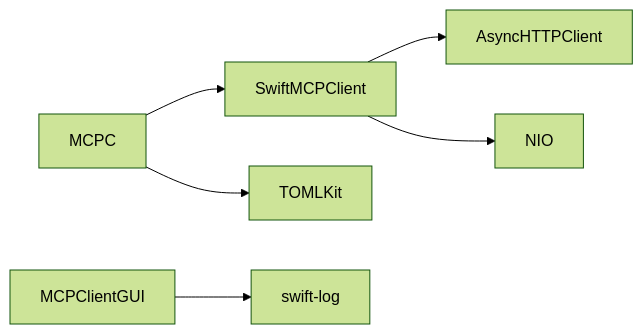
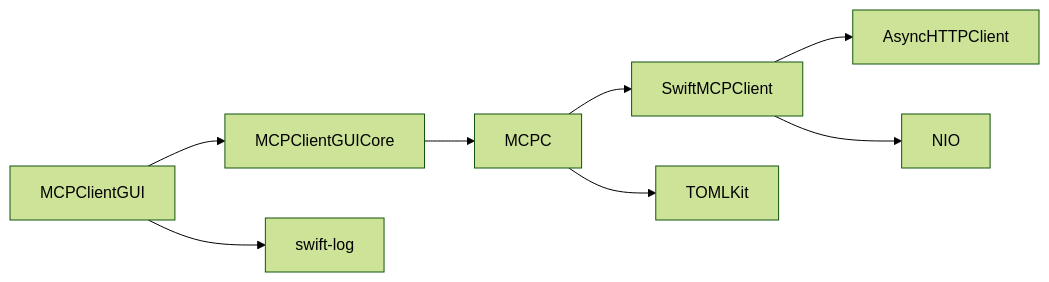
Before and after one commit to ashutoshkumarsinha/mcpc: the eighth of 9 diagrams in docs/HLD.md, drawn with Mermaid (forest theme). The commit also changed other lines of this file and 9 other files, not shown here.

````diff
--- a/docs/HLD.md
+++ b/docs/HLD.md
@@ -289,8 +321,10 @@
 ```mermaid
 flowchart LR
     MCPC --> SwiftMCPClient
     MCPC --> TOMLKit
+    MCPClientGUI --> MCPClientGUICore
+    MCPClientGUICore --> MCPC
     MCPClientGUI --> swift-log
     SwiftMCPClient --> AsyncHTTPClient
     SwiftMCPClient --> NIO
 ```
````
